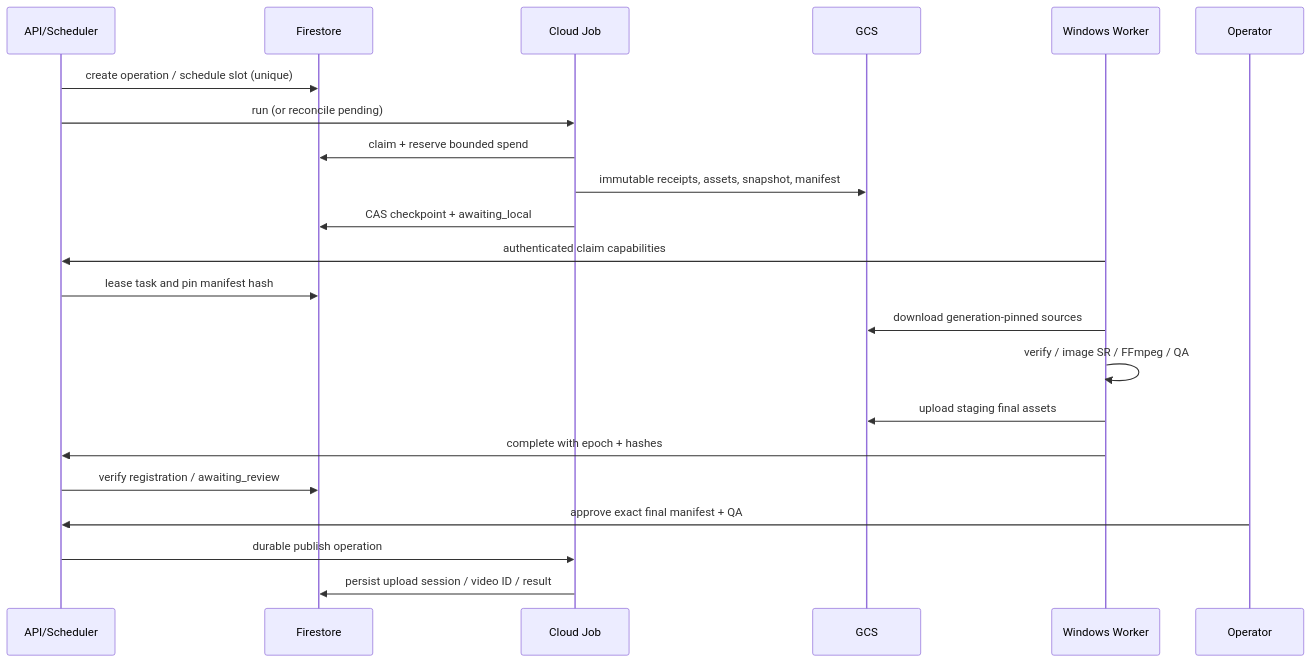
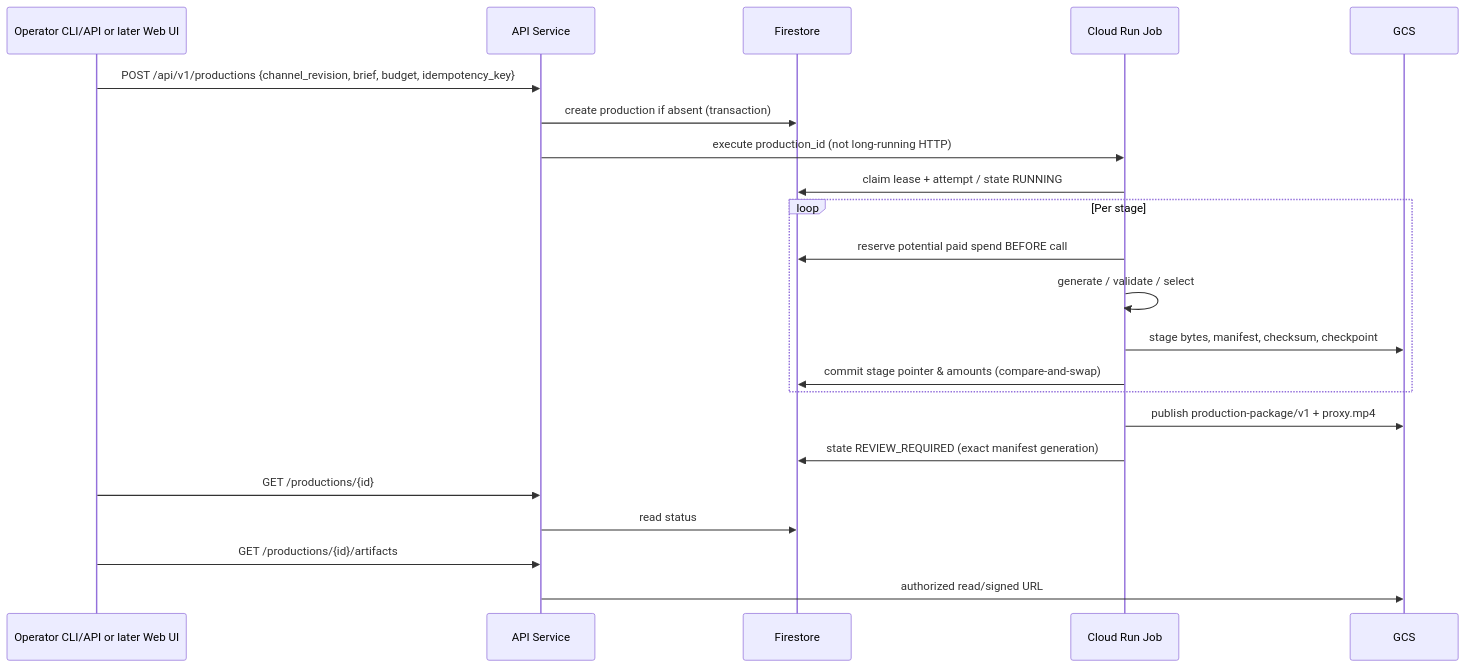
The third of 3 diagrams in docs/cloud-migration/TARGET_ARCHITECTURE.md (piotrbarabasz/ai-content-generation), drawn with Mermaid before and after one commit. The commit also changed other lines of this file and 8 other files, not shown here.

Commit message:
docs: add ARCH-001 cloud migration architecture plan

````diff
--- a/docs/cloud-migration/TARGET_ARCHITECTURE.md
+++ b/docs/cloud-migration/TARGET_ARCHITECTURE.md
@@ -167,24 +85,24 @@
 ```mermaid
 sequenceDiagram
-  participant A as API/Scheduler
+  participant U as Operator CLI/API or later Web UI
+  participant A as API Service
   participant F as Firestore
-  participant J as Cloud Job
+  participant J as Cloud Run Job
   participant G as GCS
-  participant L as Windows Worker
-  participant H as Operator
-  A->>F: create operation / schedule slot (unique)
-  A->>J: run (or reconcile pending)
-  J->>F: claim + reserve bounded spend
-  J->>G: immutable receipts, assets, snapshot, manifest
-  J->>F: CAS checkpoint + awaiting_local
-  L->>A: authenticated claim capabilities
-  A->>F: lease task and pin manifest hash
-  L->>G: download generation-pinned sources
-  L->>L: verify / image SR / FFmpeg / QA
-  L->>G: upload staging final assets
-  L->>A: complete with epoch + hashes
-  A->>F: verify registration / awaiting_review
-  H->>A: approve exact final manifest + QA
-  A->>J: durable publish operation
-  J->>F: persist upload session / video ID / result
+  U->>A: POST /api/v1/productions {channel_revision, brief, budget, idempotency_key}
+  A->>F: create production if absent (transaction)
+  A->>J: execute production_id (not long-running HTTP)
+  J->>F: claim lease + attempt / state RUNNING
+  loop Per stage
+    J->>F: reserve potential paid spend BEFORE call
+    J->>J: generate / validate / select
+    J->>G: stage bytes, manifest, checksum, checkpoint
+    J->>F: commit stage pointer & amounts (compare-and-swap)
+  end
+  J->>G: publish production-package/v1 + proxy.mp4
+  J->>F: state REVIEW_REQUIRED (exact manifest generation)
+  U->>A: GET /productions/{id}
+  A->>F: read status
+  U->>A: GET /productions/{id}/artifacts
+  A->>G: authorized read/signed URL
 ```
````
